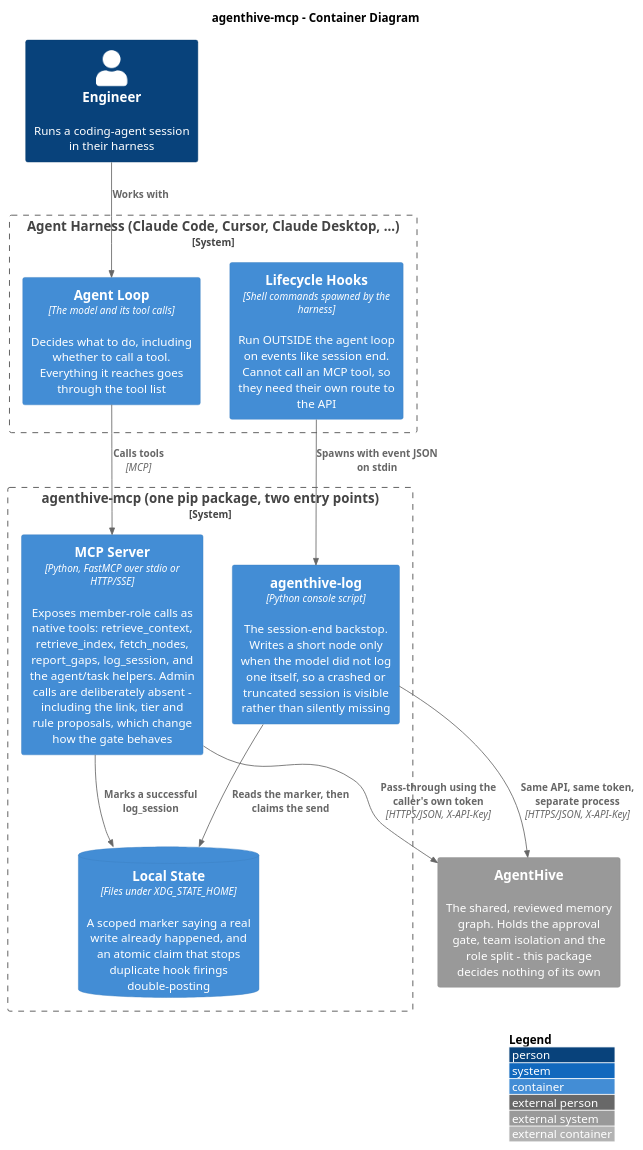
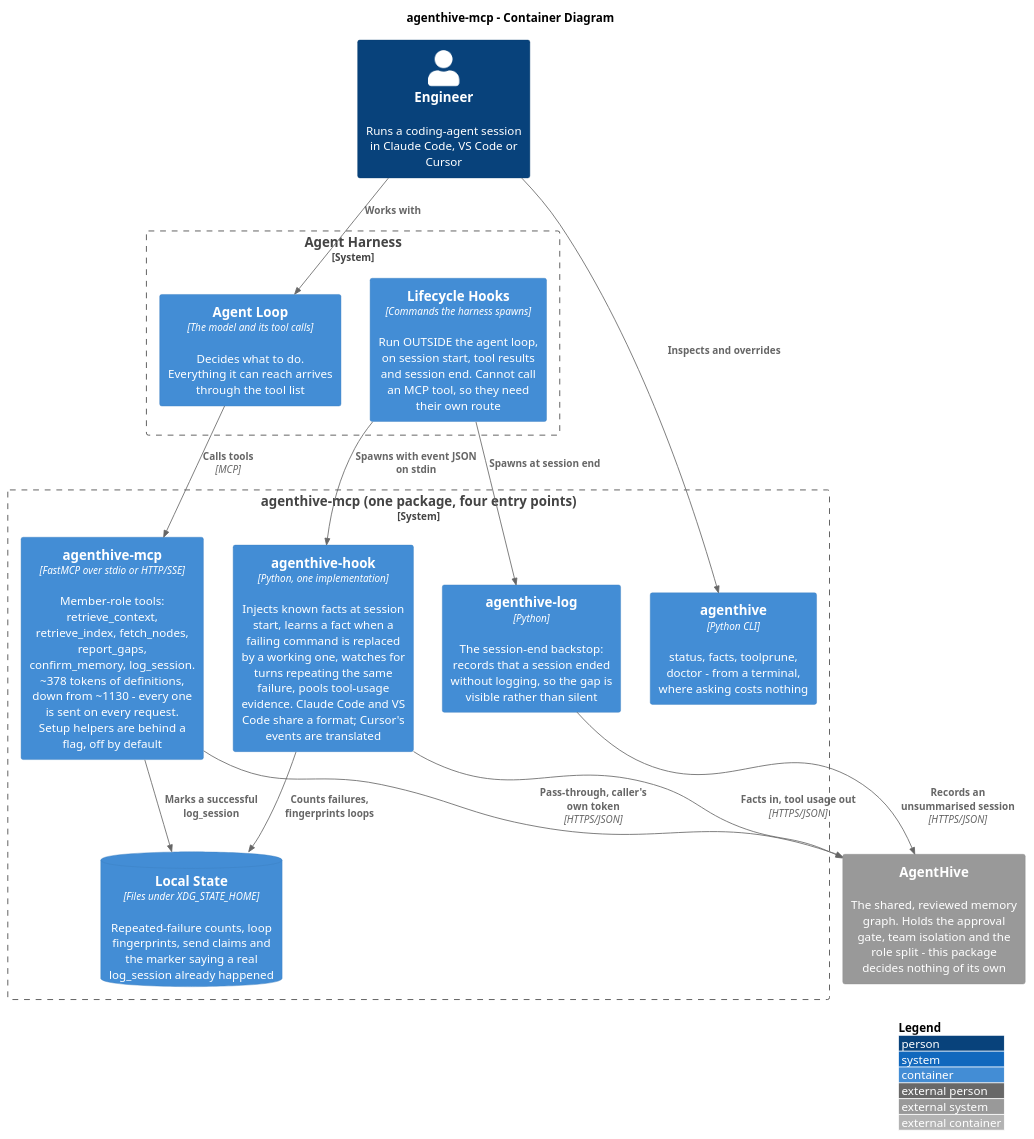
One commit to polarpoint-io/agenthive-mcp changed the diagram in docs/diagrams/c4-container.puml. Above: the diagram before and after it, drawn with PlantUML. The commit also changed 7 other files, not shown here.

```diff
--- a/docs/diagrams/c4-container.puml
+++ b/docs/diagrams/c4-container.puml
@@ -1,30 +1,35 @@
 @startuml
 !include https://raw.githubusercontent.com/plantuml-stdlib/C4-PlantUML/master/C4_Container.puml
 
 LAYOUT_WITH_LEGEND()
 title agenthive-mcp - Container Diagram
 
-Person(engineer, "Engineer", "Runs a coding-agent session in their harness")
+Person(engineer, "Engineer", "Runs a coding-agent session in Claude Code, VS Code or Cursor")
 
-System_Boundary(harness, "Agent Harness (Claude Code, Cursor, Claude Desktop, ...)") {
-  Container(model, "Agent Loop", "The model and its tool calls", "Decides what to do, including whether to call a tool. Everything it reaches goes through the tool list")
-  Container(lifecycle, "Lifecycle Hooks", "Shell commands spawned by the harness", "Run OUTSIDE the agent loop on events like session end. Cannot call an MCP tool, so they need their own route to the API")
+System_Boundary(harness, "Agent Harness") {
+  Container(model, "Agent Loop", "The model and its tool calls", "Decides what to do. Everything it can reach arrives through the tool list")
+  Container(lifecycle, "Lifecycle Hooks", "Commands the harness spawns", "Run OUTSIDE the agent loop, on session start, tool results and session end. Cannot call an MCP tool, so they need their own route")
 }
 
-System_Boundary(pkg, "agenthive-mcp (one pip package, two entry points)") {
-  Container(mcp, "MCP Server", "Python, FastMCP over stdio or HTTP/SSE", "Exposes member-role calls as native tools: retrieve_context, retrieve_index, fetch_nodes, report_gaps, log_session, and the agent/task helpers. Admin calls are deliberately absent - including the link, tier and rule proposals, which change how the gate behaves")
-  Container(hook, "agenthive-log", "Python console script", "The session-end backstop. Writes a short node only when the model did not log one itself, so a crashed or truncated session is visible rather than silently missing")
-  ContainerDb(state, "Local State", "Files under XDG_STATE_HOME", "A scoped marker saying a real write already happened, and an atomic claim that stops duplicate hook firings double-posting")
+System_Boundary(pkg, "agenthive-mcp (one package, four entry points)") {
+  Container(mcp, "agenthive-mcp", "FastMCP over stdio or HTTP/SSE", "Member-role tools: retrieve_context, retrieve_index, fetch_nodes, report_gaps, confirm_memory, log_session. ~378 tokens of definitions, down from ~1130 - every one is sent on every request. Setup helpers are behind a flag, off by default")
+  Container(hook, "agenthive-hook", "Python, one implementation", "Injects known facts at session start, learns a fact when a failing command is replaced by a working one, watches for turns repeating the same failure, pools tool-usage evidence. Claude Code and VS Code share a format; Cursor's events are translated")
+  Container(log, "agenthive-log", "Python", "The session-end backstop: records that a session ended without logging, so the gap is visible rather than silent")
+  Container(cli, "agenthive", "Python CLI", "status, facts, toolprune, doctor - from a terminal, where asking costs nothing")
+  ContainerDb(state, "Local State", "Files under XDG_STATE_HOME", "Repeated-failure counts, loop fingerprints, send claims and the marker saying a real log_session already happened")
 }
 
 System_Ext(agenthive, "AgentHive", "The shared, reviewed memory graph. Holds the approval gate, team isolation and the role split - this package decides nothing of its own")
 
 Rel(engineer, model, "Works with")
 Rel(model, mcp, "Calls tools", "MCP")
 Rel(lifecycle, hook, "Spawns with event JSON on stdin")
-Rel(mcp, agenthive, "Pass-through using the caller's own token", "HTTPS/JSON, X-API-Key")
-Rel(hook, agenthive, "Same API, same token, separate process", "HTTPS/JSON, X-API-Key")
+Rel(lifecycle, log, "Spawns at session end")
+Rel(engineer, cli, "Inspects and overrides")
+Rel(mcp, agenthive, "Pass-through, caller's own token", "HTTPS/JSON")
+Rel(hook, agenthive, "Facts in, tool usage out", "HTTPS/JSON")
+Rel(log, agenthive, "Records an unsummarised session", "HTTPS/JSON")
+Rel(hook, state, "Counts failures, fingerprints loops")
 Rel(mcp, state, "Marks a successful log_session")
-Rel(hook, state, "Reads the marker, then claims the send")
 
 @enduml
```
